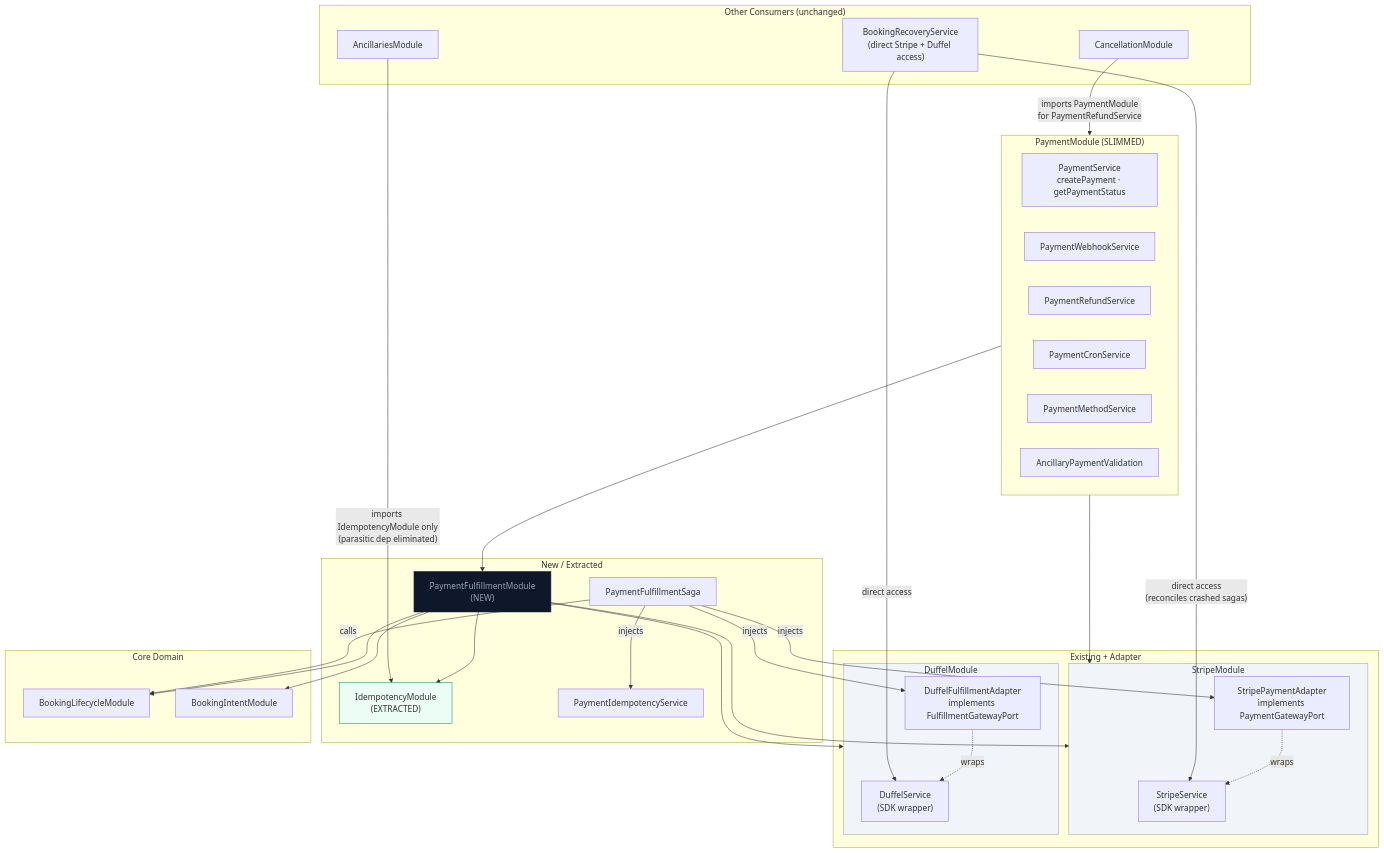
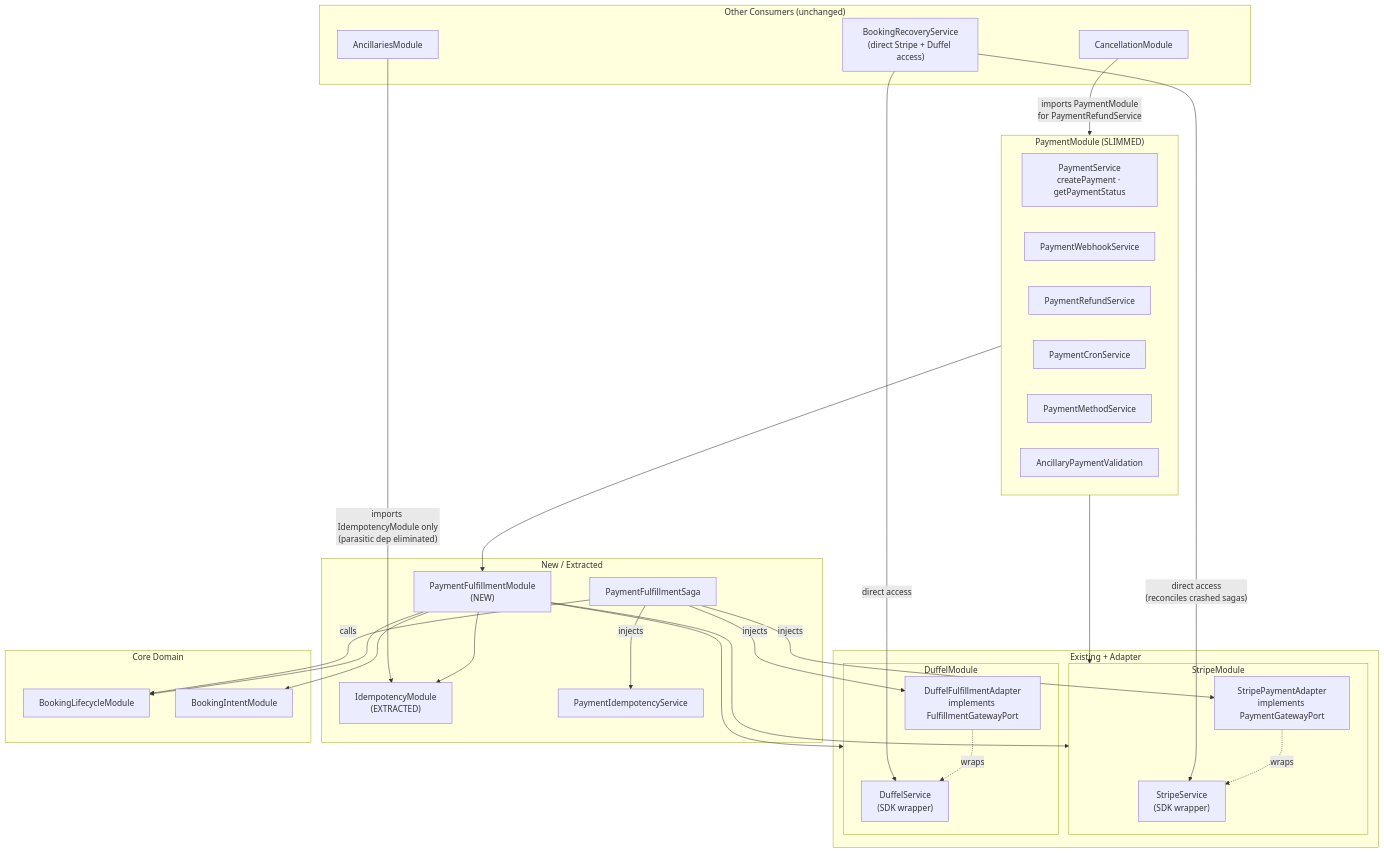
Before and after one commit to pminhtaiii/Flight-Booking-System: the first of 3 diagrams in docs/adr/research-payment-module-deepening-grilling-session.md, drawn with Mermaid. The commit also changed other lines of this file and 1 other file, not shown here.

````diff
--- a/docs/adr/research-payment-module-deepening-grilling-session.md
+++ b/docs/adr/research-payment-module-deepening-grilling-session.md
@@ -206,69 +206,65 @@
 ```mermaid
 flowchart TD
   subgraph NewModules["New / Extracted"]
     PFM["PaymentFulfillmentModule\n(NEW)"]
     SAGA["PaymentFulfillmentSaga"]
     IM["IdempotencyModule\n(EXTRACTED)"]
     IDS["PaymentIdempotencyService"]
   end
 
   subgraph ExistingEnhanced["Existing + Adapter"]
     subgraph SM["StripeModule"]
       SS["StripeService\n(SDK wrapper)"]
       SPA["StripePaymentAdapter\nimplements PaymentGatewayPort"]
     end
 
     subgraph DM["DuffelModule"]
       DS["DuffelService\n(SDK wrapper)"]
       DFA["DuffelFulfillmentAdapter\nimplements FulfillmentGatewayPort"]
     end
   end
 
   subgraph Slimmed["PaymentModule (SLIMMED)"]
     PS["PaymentService\ncreatePayment · getPaymentStatus"]
     PWS["PaymentWebhookService"]
     PRS["PaymentRefundService"]
     PCS["PaymentCronService"]
     PMS["PaymentMethodService"]
     APV["AncillaryPaymentValidation"]
   end
 
   subgraph Core["Core Domain"]
     BLM["BookingLifecycleModule"]
     BIM["BookingIntentModule"]
   end
 
   subgraph OtherConsumers["Other Consumers (unchanged)"]
     ANC["AncillariesModule"]
     CAN["CancellationModule"]
     BRS["BookingRecoveryService\n(direct Stripe + Duffel access)"]
   end
 
   PFM --> SM
   PFM --> DM
   PFM --> BLM
   PFM --> IM
   PFM --> BIM
 
   Slimmed --> SM
   Slimmed --> PFM
 
   SPA -.->|"wraps"| SS
   DFA -.->|"wraps"| DS
 
   ANC -->|"imports IdempotencyModule only\n(parasitic dep eliminated)"| IM
   CAN -->|"imports PaymentModule\nfor PaymentRefundService"| Slimmed
 
   BRS -->|"direct access\n(reconciles crashed sagas)"| SS
   BRS -->|"direct access"| DS
 
   SAGA -->|"injects"| SPA
   SAGA -->|"injects"| DFA
   SAGA -->|"injects"| IDS
   SAGA -->|"calls"| BLM
 
-  style PFM fill:#0f172a,stroke:#1e293b,color:#94a3b8
-  style IM fill:#ecfdf5,stroke:#059669
-  style SM fill:#f1f5f9,stroke:#94a3b8
-  style DM fill:#f1f5f9,stroke:#94a3b8
 ```
````
